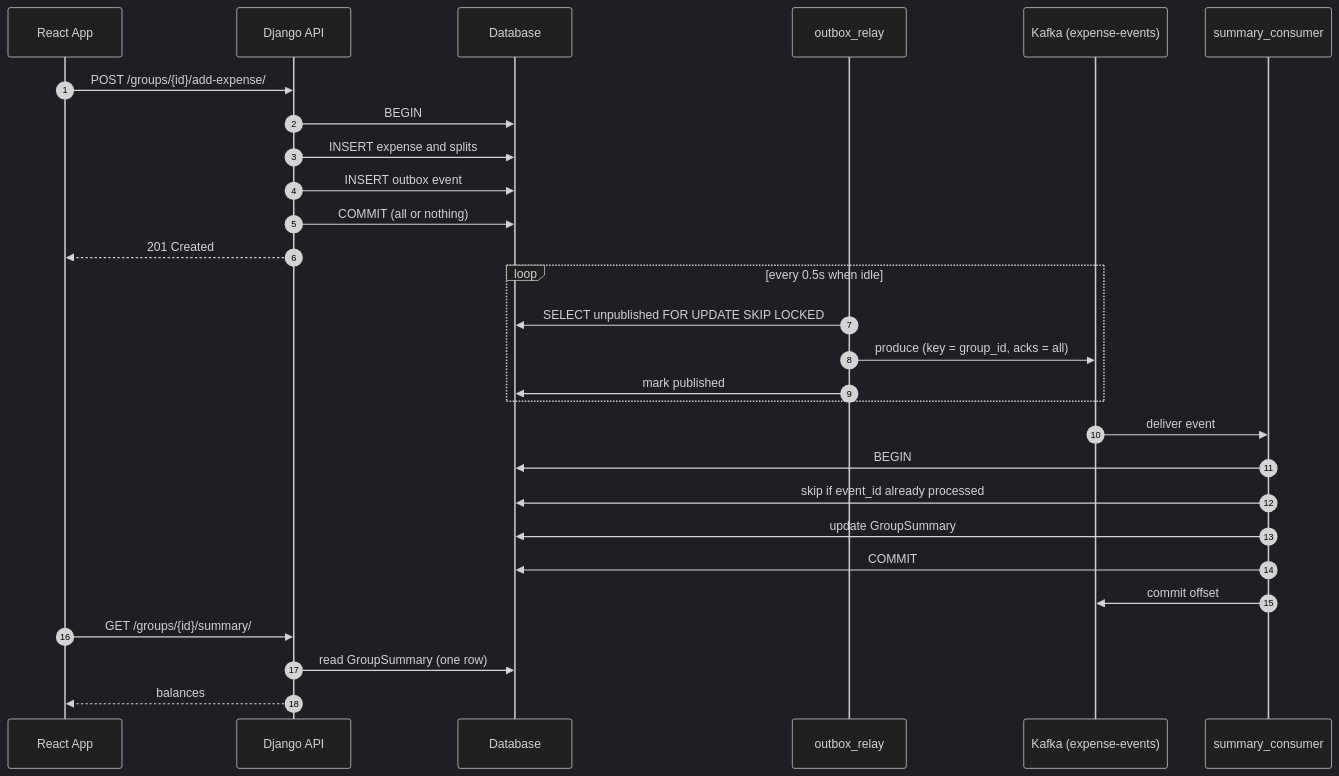
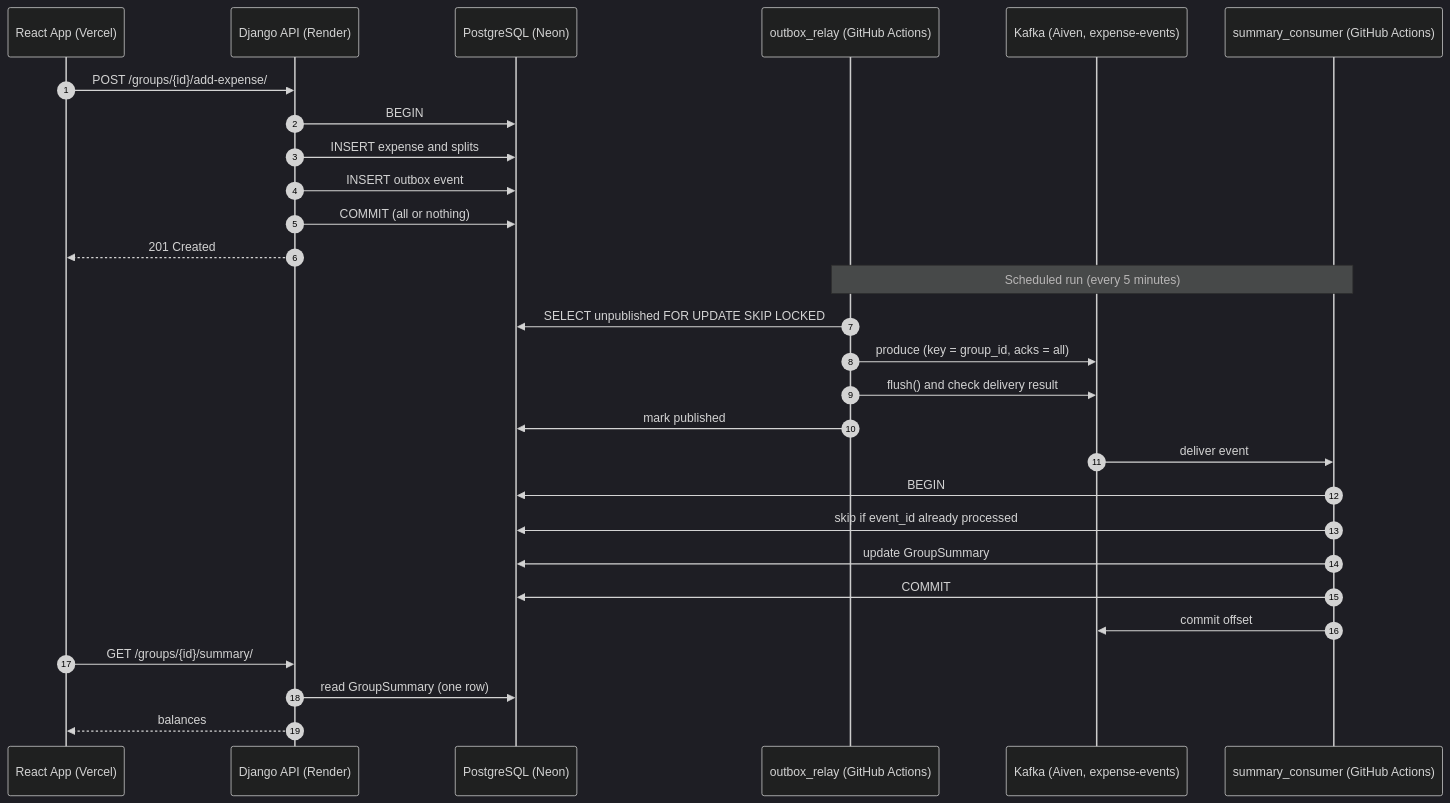
The second of 2 diagrams in README.md (Manu577228/FullStack-21-Expense-Splitter-Fractal), drawn with Mermaid (dark theme) before and after one commit. The commit also changed other lines of this file, not shown here.

````diff
--- a/README.md
+++ b/README.md
@@ -100,31 +112,31 @@
 ```mermaid
 sequenceDiagram
     autonumber
-    participant UI as React App
-    participant API as Django API
-    participant DB as Database
-    participant Relay as outbox_relay
-    participant K as Kafka (expense-events)
-    participant Con as summary_consumer
+    participant UI as React App (Vercel)
+    participant API as Django API (Render)
+    participant DB as PostgreSQL (Neon)
+    participant Relay as outbox_relay (GitHub Actions)
+    participant K as Kafka (Aiven, expense-events)
+    participant Con as summary_consumer (GitHub Actions)
 
     UI->>API: POST /groups/{id}/add-expense/
     API->>DB: BEGIN
     API->>DB: INSERT expense and splits
     API->>DB: INSERT outbox event
     API->>DB: COMMIT (all or nothing)
     API-->>UI: 201 Created
-    loop every 0.5s when idle
-        Relay->>DB: SELECT unpublished FOR UPDATE SKIP LOCKED
-        Relay->>K: produce (key = group_id, acks = all)
-        Relay->>DB: mark published
-    end
+    Note over Relay,Con: Scheduled run (every 5 minutes)
+    Relay->>DB: SELECT unpublished FOR UPDATE SKIP LOCKED
+    Relay->>K: produce (key = group_id, acks = all)
+    Relay->>K: flush() and check delivery result
+    Relay->>DB: mark published
     K->>Con: deliver event
     Con->>DB: BEGIN
     Con->>DB: skip if event_id already processed
     Con->>DB: update GroupSummary
     Con->>DB: COMMIT
     Con->>K: commit offset
     UI->>API: GET /groups/{id}/summary/
     API->>DB: read GroupSummary (one row)
     API-->>UI: balances
 ```
````
